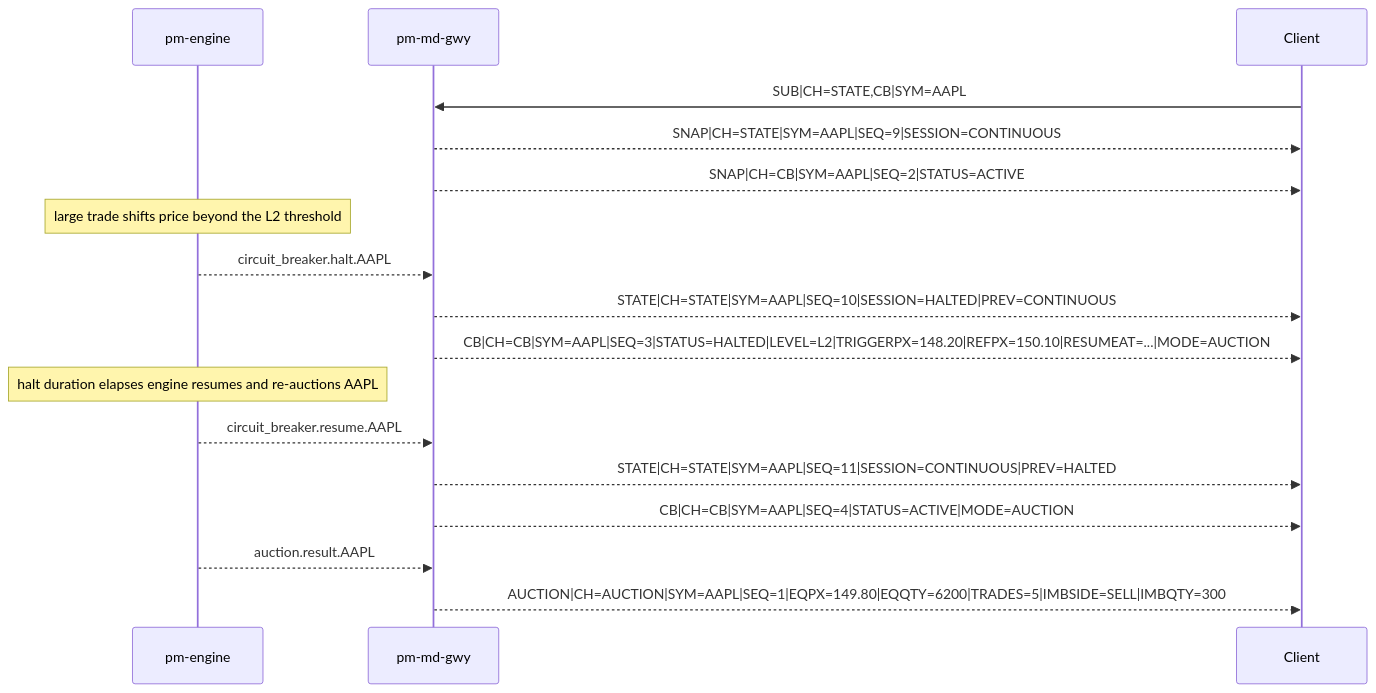
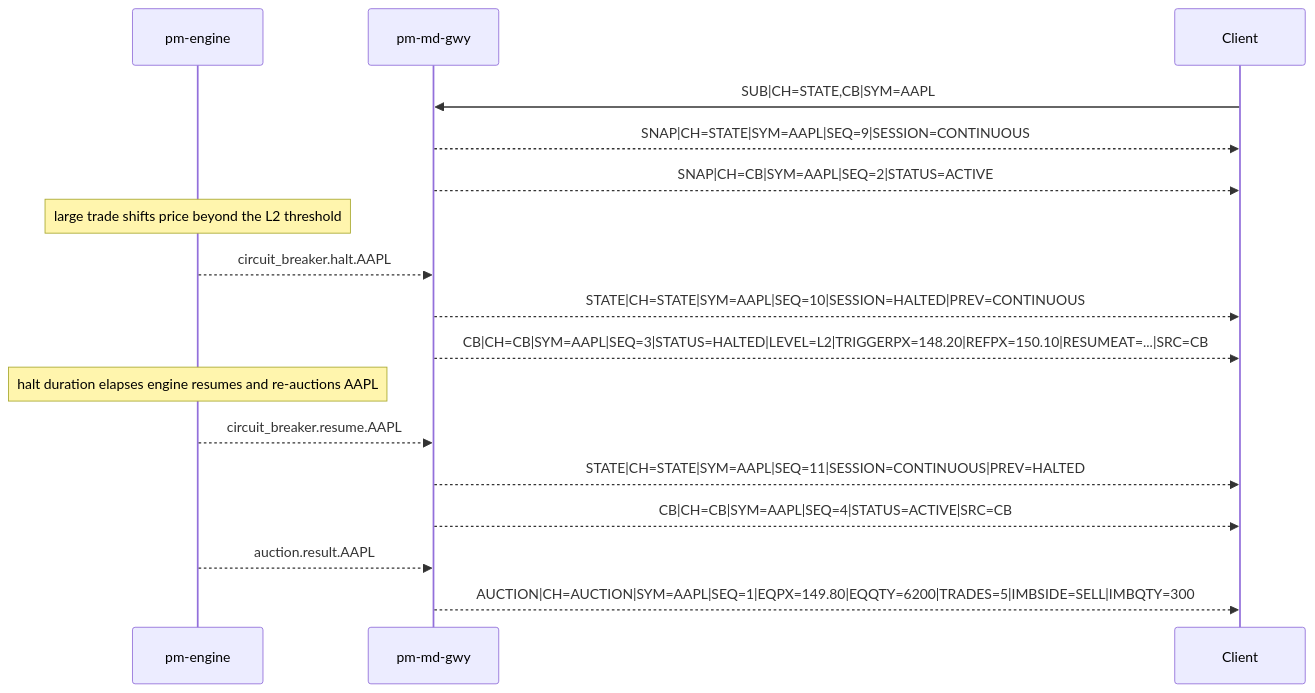
The second of 4 diagrams in docs/user-guide/920-app-calf-protocol.md (johan162/EduMatcher), drawn with Mermaid before and after one commit. The commit also changed other lines of this file and 116 other files, not shown here.

````diff
--- a/docs/user-guide/920-app-calf-protocol.md
+++ b/docs/user-guide/920-app-calf-protocol.md
@@ -813,22 +841,22 @@
 ```mermaid
 sequenceDiagram
     participant E as pm-engine
     participant G as pm-md-gwy
     participant C as Client
 
     C->>G: SUB|CH=STATE,CB|SYM=AAPL
     G-->>C: SNAP|CH=STATE|SYM=AAPL|SEQ=9|SESSION=CONTINUOUS
     G-->>C: SNAP|CH=CB|SYM=AAPL|SEQ=2|STATUS=ACTIVE
 
     Note over E: large trade shifts price beyond the L2 threshold
     E-->>G: circuit_breaker.halt.AAPL
     G-->>C: STATE|CH=STATE|SYM=AAPL|SEQ=10|SESSION=HALTED|PREV=CONTINUOUS
-    G-->>C: CB|CH=CB|SYM=AAPL|SEQ=3|STATUS=HALTED|LEVEL=L2|TRIGGERPX=148.20|REFPX=150.10|RESUMEAT=...|MODE=AUCTION
+    G-->>C: CB|CH=CB|SYM=AAPL|SEQ=3|STATUS=HALTED|LEVEL=L2|TRIGGERPX=148.20|REFPX=150.10|RESUMEAT=...|SRC=CB
 
     Note over E: halt duration elapses engine resumes and re-auctions AAPL
     E-->>G: circuit_breaker.resume.AAPL
     G-->>C: STATE|CH=STATE|SYM=AAPL|SEQ=11|SESSION=CONTINUOUS|PREV=HALTED
-    G-->>C: CB|CH=CB|SYM=AAPL|SEQ=4|STATUS=ACTIVE|MODE=AUCTION
+    G-->>C: CB|CH=CB|SYM=AAPL|SEQ=4|STATUS=ACTIVE|SRC=CB
     E-->>G: auction.result.AAPL
     G-->>C: AUCTION|CH=AUCTION|SYM=AAPL|SEQ=1|EQPX=149.80|EQQTY=6200|TRADES=5|IMBSIDE=SELL|IMBQTY=300
 ```
````
